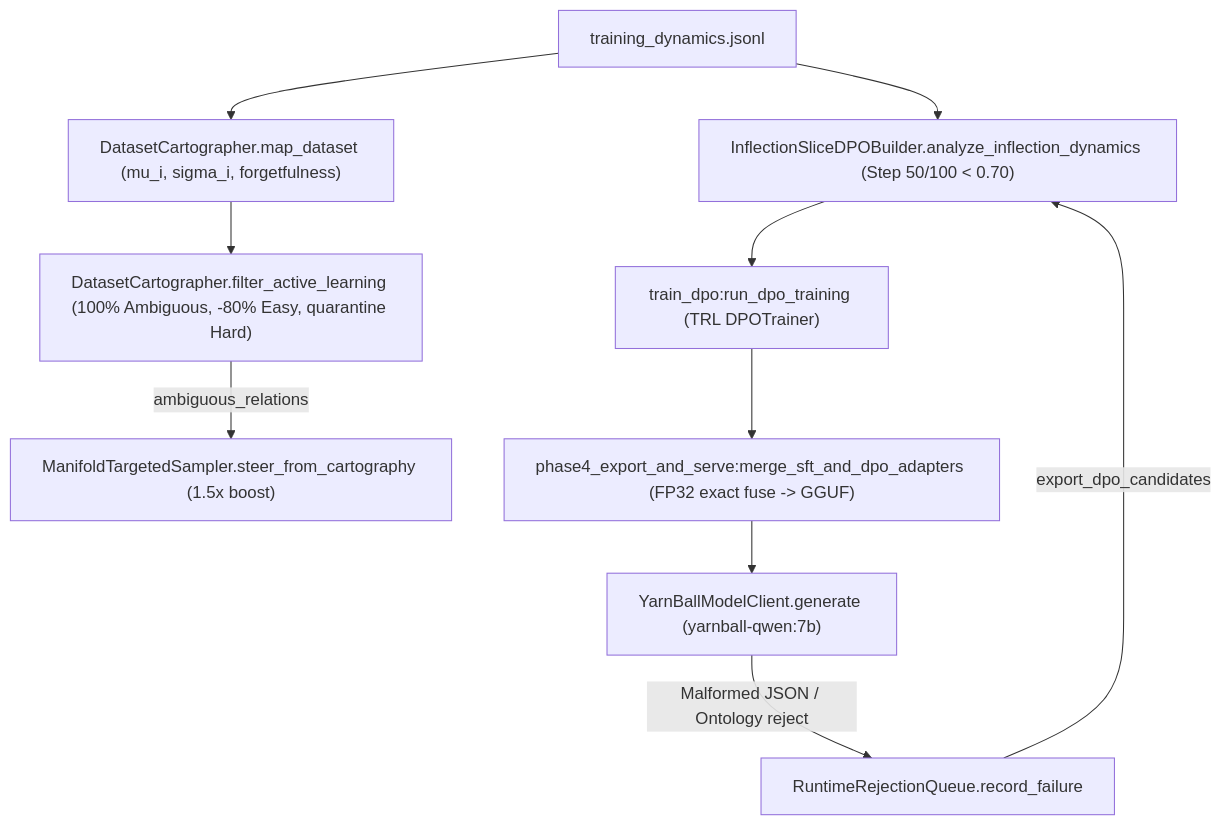
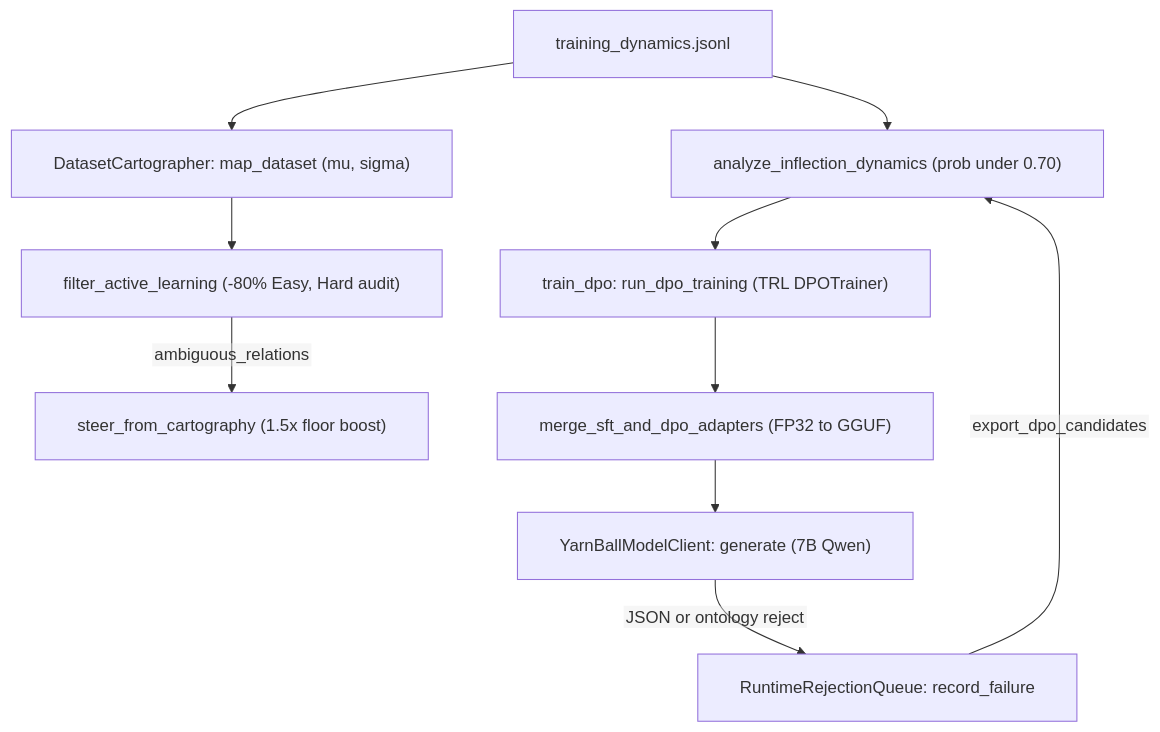
One commit to CamiloEmiliano/YarnBall changed the third of 4 diagrams in docs/technical-report/04-curation-and-model-foundry.md. Above: the diagram before and after it, drawn with Mermaid. The commit also changed other lines of this file and 6 other files, not shown here.

Commit message:
docs(technical-report): fix Mermaid rendering, Monograph numbering, notation, and Ch.0 layout

````diff
--- a/docs/technical-report/04-curation-and-model-foundry.md
+++ b/docs/technical-report/04-curation-and-model-foundry.md
@@ -246,12 +262,13 @@
 ```mermaid
+%%{init: {"flowchart": {"htmlLabels": false, "wrappingWidth": 420, "padding": 20}}}%%
 flowchart TD
-    A["training_dynamics.jsonl"] --> B["DatasetCartographer.map_dataset (mu_i, sigma_i, forgetfulness)"]
-    B --> C["DatasetCartographer.filter_active_learning (100% Ambiguous, -80% Easy, quarantine Hard)"]
-    C -->|"ambiguous_relations"| D["ManifoldTargetedSampler.steer_from_cartography (1.5x boost)"]
-    A --> E["InflectionSliceDPOBuilder.analyze_inflection_dynamics (Step 50/100 < 0.70)"]
-    E --> F["train_dpo:run_dpo_training (TRL DPOTrainer)"]
-    F --> G["phase4_export_and_serve:merge_sft_and_dpo_adapters (FP32 exact fuse -> GGUF)"]
-    G --> H["YarnBallModelClient.generate (yarnball-qwen:7b)"]
-    H -->|"Malformed JSON / Ontology reject"| I["RuntimeRejectionQueue.record_failure"]
+    A["training_dynamics.jsonl"] --> B["DatasetCartographer: map_dataset (mu, sigma)"]
+    B --> C["filter_active_learning (-80% Easy, Hard audit)"]
+    C -->|"ambiguous_relations"| D["steer_from_cartography (1.5x floor boost)"]
+    A --> E["analyze_inflection_dynamics (prob under 0.70)"]
+    E --> F["train_dpo: run_dpo_training (TRL DPOTrainer)"]
+    F --> G["merge_sft_and_dpo_adapters (FP32 to GGUF)"]
+    G --> H["YarnBallModelClient: generate (7B Qwen)"]
+    H -->|"JSON or ontology reject"| I["RuntimeRejectionQueue: record_failure"]
     I -->|"export_dpo_candidates"| E
 ```
````
